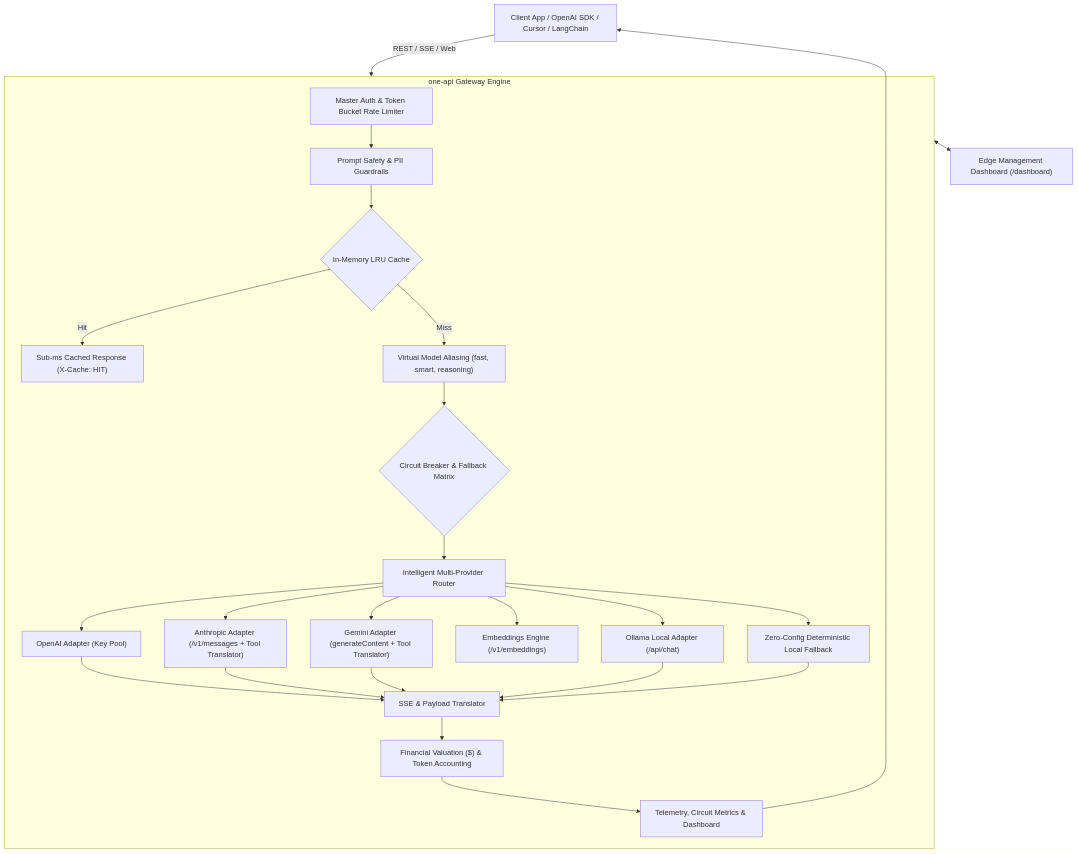
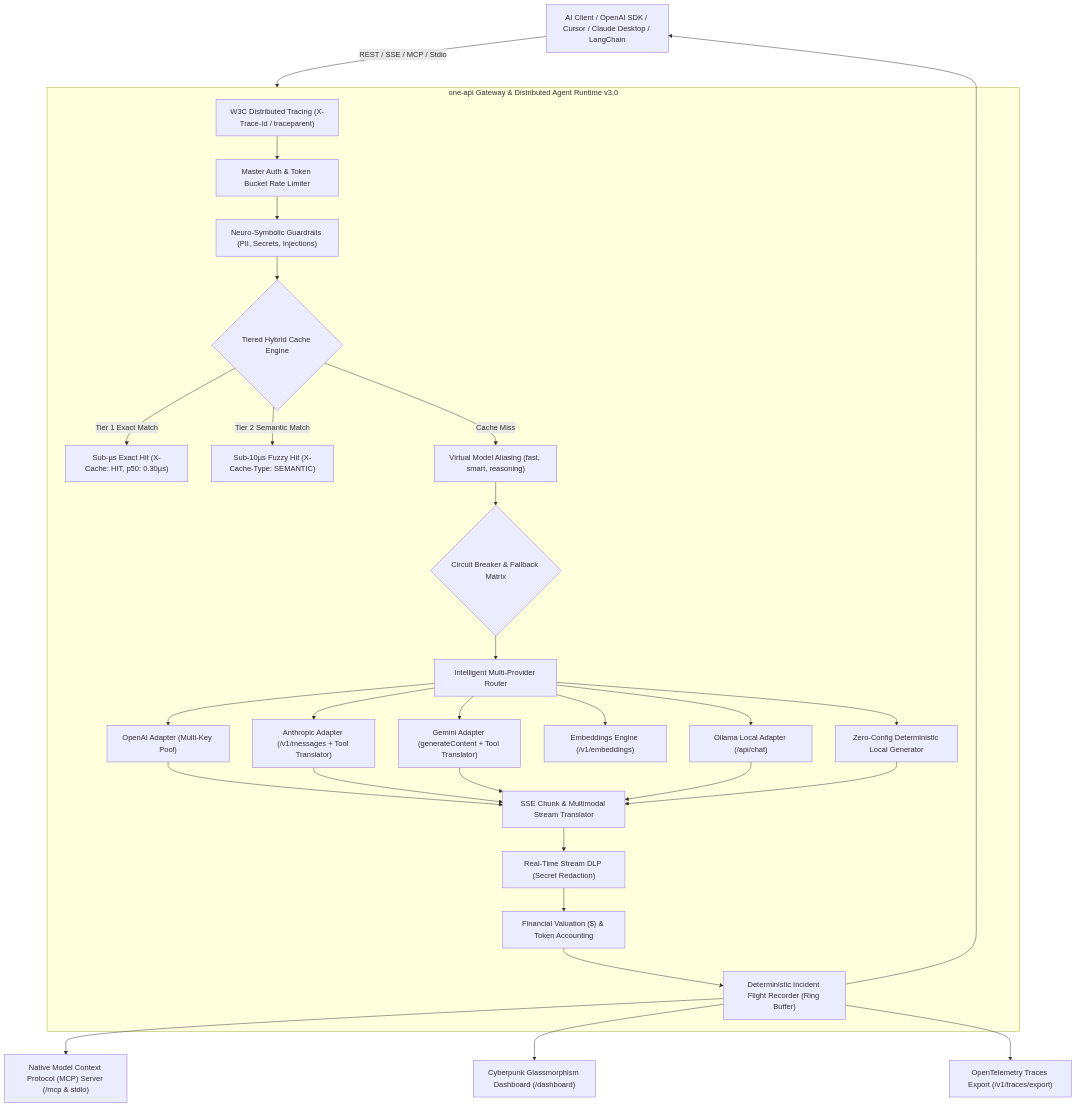
One commit to shenald-dev/one-api changed the diagram in README.md. Above: the diagram before and after it, drawn with Mermaid. The commit also changed other lines of this file and 22 other files, not shown here.

Commit message:
feat: v3.0.0 major evolution - native MCP server, flight recorder, tiered semantic cache & multi-command CLI

````diff
--- a/README.md
+++ b/README.md
@@ -90,33 +169,39 @@
 ```mermaid
 graph TD
-    Client["Client App / OpenAI SDK / Cursor / LangChain"] -->|REST / SSE / Web| Gateway["one-api Gateway Engine"]
+    Client["AI Client / OpenAI SDK / Cursor / Claude Desktop / LangChain"] -->|REST / SSE / MCP / Stdio| Gateway["one-api Gateway & Distributed Agent Runtime"]
     
-    subgraph Gateway ["one-api Gateway Engine"]
-        Auth["Master Auth & Token Bucket Rate Limiter"] --> Guard["Prompt Safety & PII Guardrails"]
-        Guard --> Cache{"In-Memory LRU Cache"}
-        Cache -->|Hit| FastReturn["Sub-ms Cached Response (X-Cache: HIT)"]
-        Cache -->|Miss| Aliases["Virtual Model Aliasing (fast, smart, reasoning)"]
+    subgraph Gateway ["one-api Gateway & Distributed Agent Runtime v3.0"]
+        W3C["W3C Distributed Tracing (X-Trace-Id / traceparent)"] --> Auth["Master Auth & Token Bucket Rate Limiter"]
+        Auth --> Guard["Neuro-Symbolic Guardrails (PII, Secrets, Injections)"]
         
+        Guard --> Cache{"Tiered Hybrid Cache Engine"}
+        Cache -->|Tier 1 Exact Match| FastHit["Sub-µs Exact Hit (X-Cache: HIT, p50: 0.30µs)"]
+        Cache -->|Tier 2 Semantic Match| SemHit["Sub-10µs Fuzzy Hit (X-Cache-Type: SEMANTIC)"]
+        
+        Cache -->|Cache Miss| Aliases["Virtual Model Aliasing (fast, smart, reasoning)"]
         Aliases --> CB{"Circuit Breaker & Fallback Matrix"}
         CB --> Router["Intelligent Multi-Provider Router"]
         
-        Router --> P_OpenAI["OpenAI Adapter (Key Pool)"]
+        Router --> P_OpenAI["OpenAI Adapter (Multi-Key Pool)"]
         Router --> P_Anthropic["Anthropic Adapter (/v1/messages + Tool Translator)"]
         Router --> P_Gemini["Gemini Adapter (generateContent + Tool Translator)"]
         Router --> P_Embed["Embeddings Engine (/v1/embeddings)"]
         Router --> P_Ollama["Ollama Local Adapter (/api/chat)"]
-        Router --> P_Mock["Zero-Config Deterministic Local Fallback"]
+        Router --> P_Mock["Zero-Config Deterministic Local Generator"]
         
-        P_OpenAI --> StreamTrans["SSE & Payload Translator"]
+        P_OpenAI --> StreamTrans["SSE Chunk & Multimodal Stream Translator"]
         P_Anthropic --> StreamTrans
         P_Gemini --> StreamTrans
         P_Ollama --> StreamTrans
         P_Mock --> StreamTrans
         
-        StreamTrans --> Cost["Financial Valuation ($) & Token Accounting"]
-        Cost --> Telemetry["Telemetry, Circuit Metrics & Dashboard"]
+        StreamTrans --> StreamDLP["Real-Time Stream DLP (Secret Redaction)"]
+        StreamDLP --> Cost["Financial Valuation ($) & Token Accounting"]
+        Cost --> Flight["Deterministic Incident Flight Recorder (Ring Buffer)"]
     end
     
-    Telemetry --> Client
-    Gateway <--> Dashboard["Edge Management Dashboard (/dashboard)"]
+    Flight --> MCPServer["Native Model Context Protocol (MCP) Server (/mcp & stdio)"]
+    Flight --> Dashboard["Cyberpunk Glassmorphism Dashboard (/dashboard)"]
+    Flight --> OTel["OpenTelemetry Traces Export (/v1/traces/export)"]
+    Flight --> Client
 ```
````
